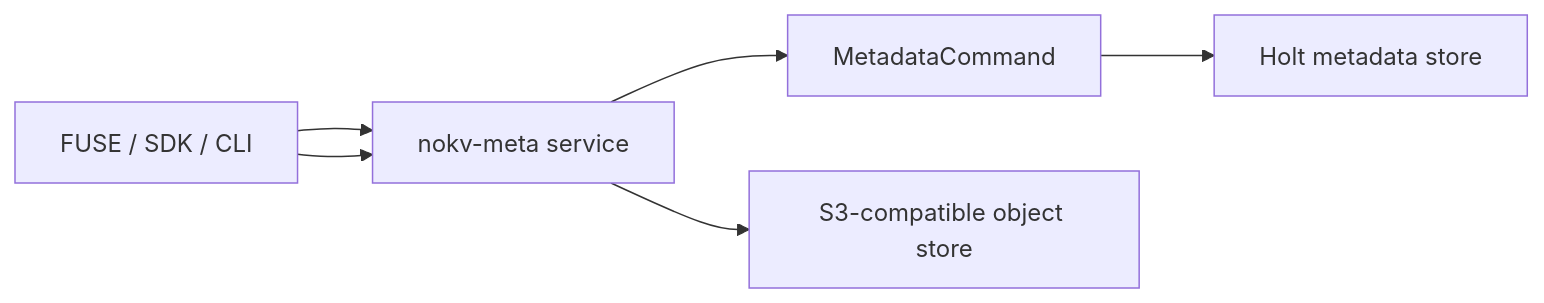
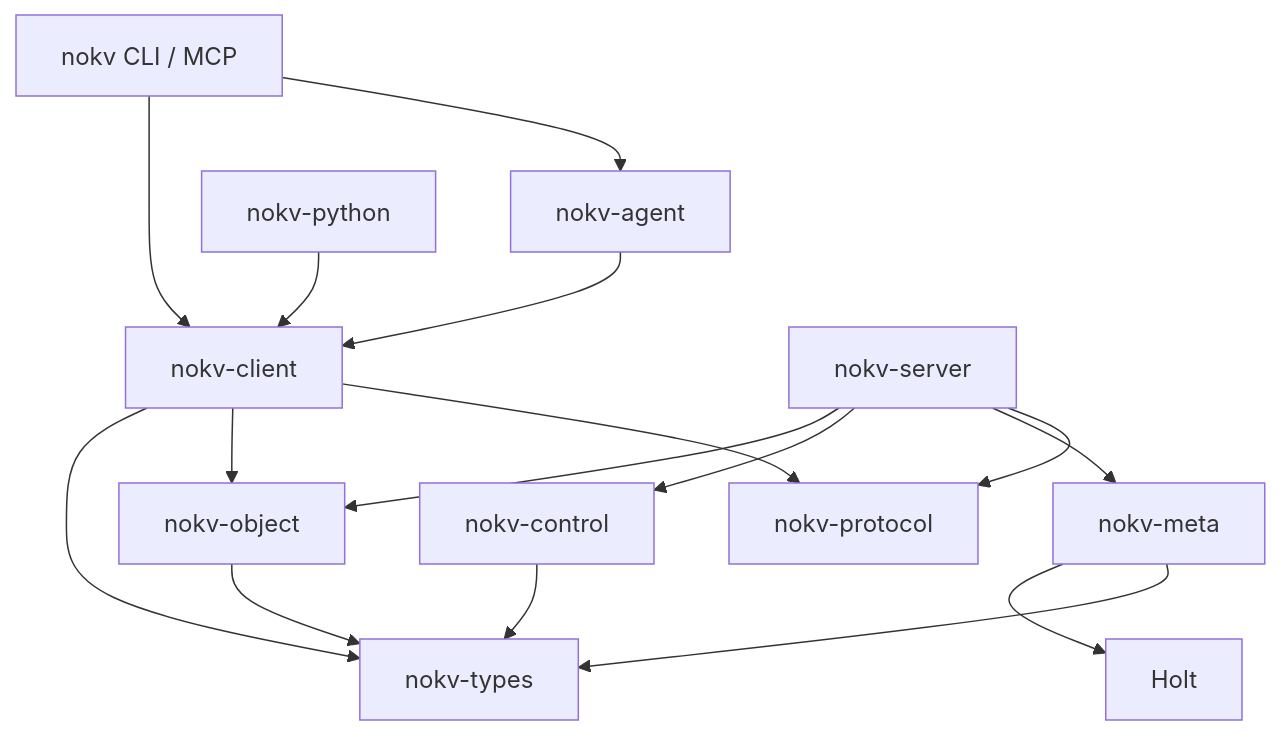
The second of 5 diagrams in docs/architecture.md (NoKV-Lab/NoKV), drawn with Mermaid before and after one commit. The commit also changed other lines of this file and 24 other files, not shown here.

Commit message:
docs: define the path-native workspace architecture

````diff
--- a/docs/architecture.md
+++ b/docs/architecture.md
@@ -45,8 +40,19 @@
 ```mermaid
-flowchart LR
-    App["AI training / agent client"] --> API["NoKV metad"]
-    App["FUSE / SDK / CLI"] --> API["nokv-meta service"]
-    API --> Command["MetadataCommand"]
-    Command --> Holt["Holt metadata store"]
-    API --> Object["S3-compatible object store"]
+flowchart TD
+    CLI["nokv CLI / MCP"] --> Agent["nokv-agent"]
+    CLI --> Client["nokv-client"]
+    Python["nokv-python"] --> Client
+    Agent --> Client
+    Client --> Protocol["nokv-protocol"]
+    Client --> Object["nokv-object"]
+    Client --> Types["nokv-types"]
+
+    Server["nokv-server"] --> Protocol
+    Server --> Meta["nokv-meta"]
+    Server --> Control["nokv-control"]
+    Server --> Object
+    Meta --> Types
+    Meta --> Holt["Holt"]
+    Control --> Types
+    Object --> Types
 ```
````
